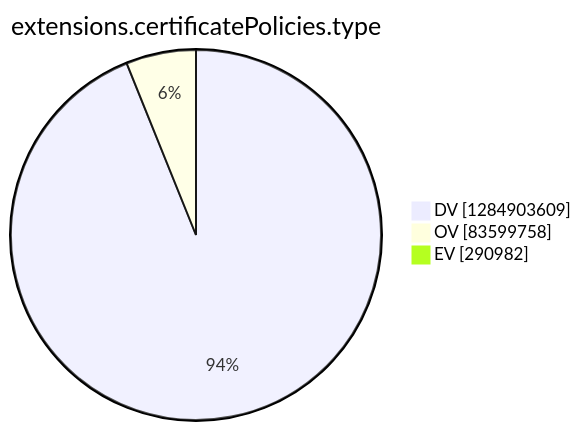
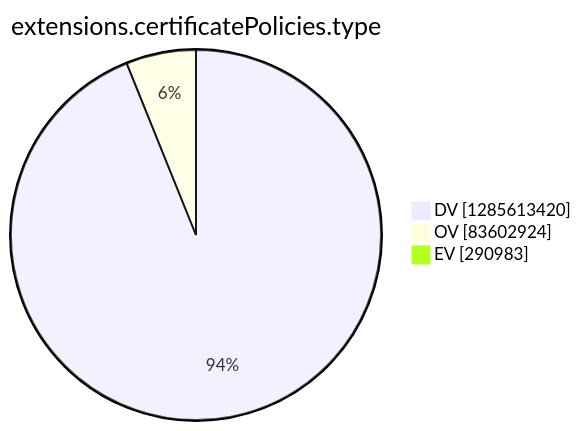
Before and after one commit to christiankrug/ctmonitor_visualization: the tenth of 15 diagrams in argon2022/README.md, drawn with Mermaid. The commit also changed other lines of this file, not shown here.

````diff
--- a/argon2022/README.md
+++ b/argon2022/README.md
@@ -2771,7 +2771,7 @@
 ```mermaid
 pie showData
 title extensions.certificatePolicies.type
-"DV" :1284903609
-"OV" :83599758
-"EV" :290982
+"DV" :1285613420
+"OV" :83602924
+"EV" :290983
 ```
````
